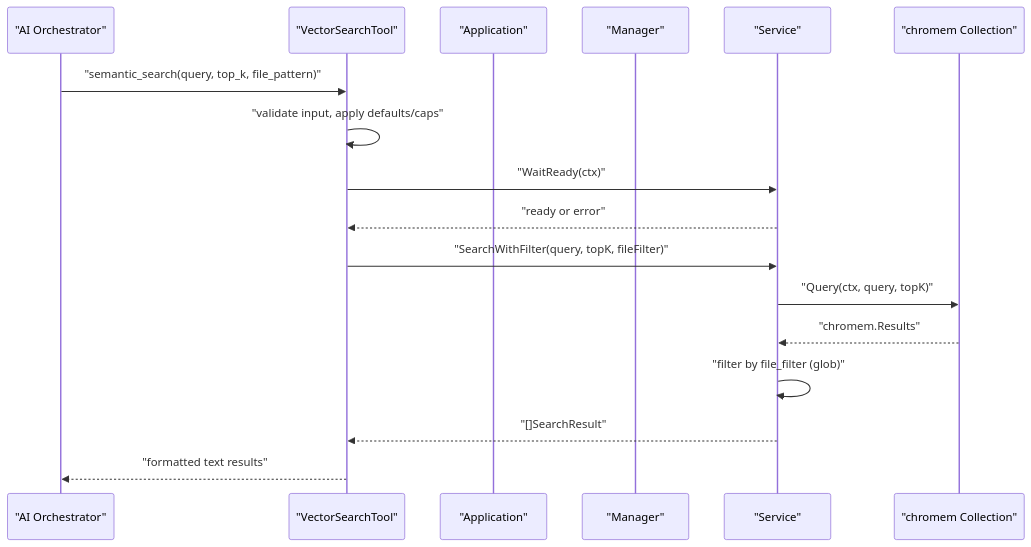
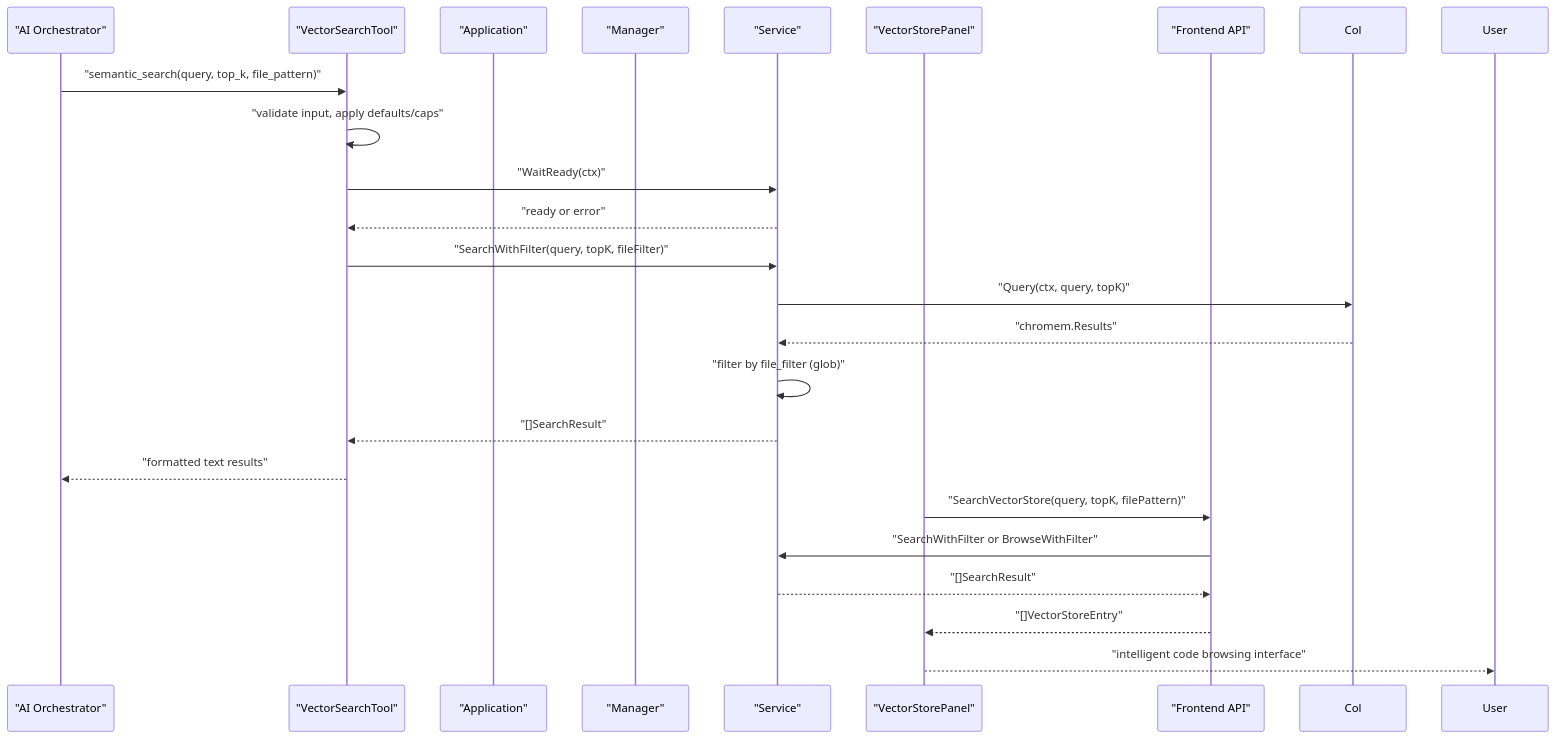
The second of 7 diagrams in .qoder/repowiki/en/content/API Reference/Vector Search API.md (v0lka/c0wrk), drawn with Mermaid before and after one commit. The commit also changed other lines of this file and 8 other files, not shown here.

````diff
--- a/.qoder/repowiki/en/content/API Reference/Vector Search API.md
+++ b/.qoder/repowiki/en/content/API Reference/Vector Search API.md
@@ -97,19 +137,25 @@
 ```mermaid
 sequenceDiagram
 participant Agent as "AI Orchestrator"
 participant Tool as "VectorSearchTool"
 participant App as "Application"
 participant Mgr as "Manager"
 participant Svc as "Service"
-participant Col as "chromem Collection"
+participant Panel as "VectorStorePanel"
+participant API as "Frontend API"
 Agent->>Tool : "semantic_search(query, top_k, file_pattern)"
 Tool->>Tool : "validate input, apply defaults/caps"
 Tool->>Svc : "WaitReady(ctx)"
 Svc-->>Tool : "ready or error"
 Tool->>Svc : "SearchWithFilter(query, topK, fileFilter)"
 Svc->>Col : "Query(ctx, query, topK)"
 Col-->>Svc : "chromem.Results"
 Svc->>Svc : "filter by file_filter (glob)"
 Svc-->>Tool : "[]SearchResult"
 Tool-->>Agent : "formatted text results"
+Panel->>API : "SearchVectorStore(query, topK, filePattern)"
+API->>Svc : "SearchWithFilter or BrowseWithFilter"
+Svc-->>API : "[]SearchResult"
+API-->>Panel : "[]VectorStoreEntry"
+Panel-->>User : "intelligent code browsing interface"
 ```
````
